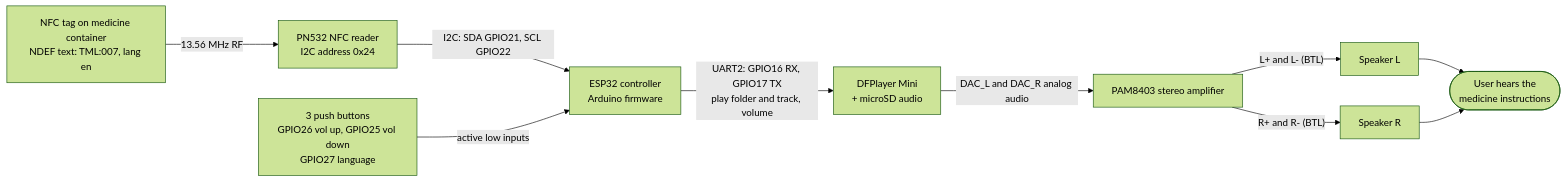
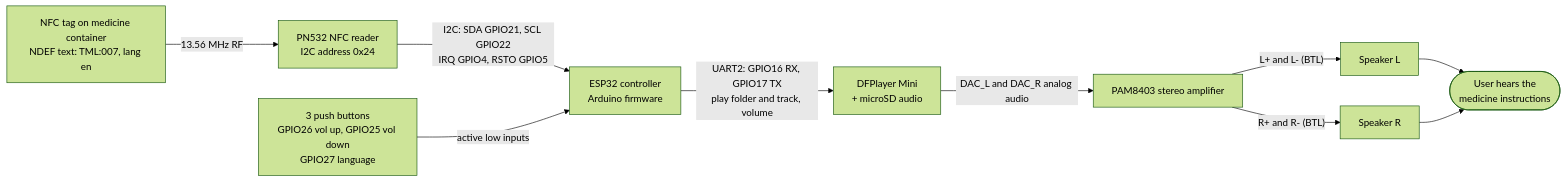
One commit to thrinathpolanki/talking-medicine-label changed the first of 3 diagrams in README.md. Above: the diagram before and after it, drawn with Mermaid (forest theme). The commit also changed other lines of this file, not shown here.

````diff
--- a/README.md
+++ b/README.md
@@ -61,21 +61,21 @@
 ```mermaid
 flowchart LR
   TAG["NFC tag on medicine container<br/>NDEF text: TML:007, lang en"]
   PN["PN532 NFC reader<br/>I2C address 0x24"]
   ESP["ESP32 controller<br/>Arduino firmware"]
   BTN["3 push buttons<br/>GPIO26 vol up, GPIO25 vol down<br/>GPIO27 language"]
   DFP["DFPlayer Mini<br/>+ microSD audio"]
   AMP["PAM8403 stereo amplifier"]
   SPKL["Speaker L"]
   SPKR["Speaker R"]
   USER(["User hears the<br/>medicine instructions"])
   TAG -->|"13.56 MHz RF"| PN
-  PN -->|"I2C: SDA GPIO21, SCL GPIO22"| ESP
+  PN -->|"I2C: SDA GPIO21, SCL GPIO22<br/>IRQ GPIO4, RSTO GPIO5"| ESP
   BTN -->|"active low inputs"| ESP
   ESP -->|"UART2: GPIO16 RX, GPIO17 TX<br/>play folder and track, volume"| DFP
   DFP -->|"DAC_L and DAC_R analog audio"| AMP
   AMP -->|"L+ and L- (BTL)"| SPKL
   AMP -->|"R+ and R- (BTL)"| SPKR
   SPKL --> USER
   SPKR --> USER
 ```
````
